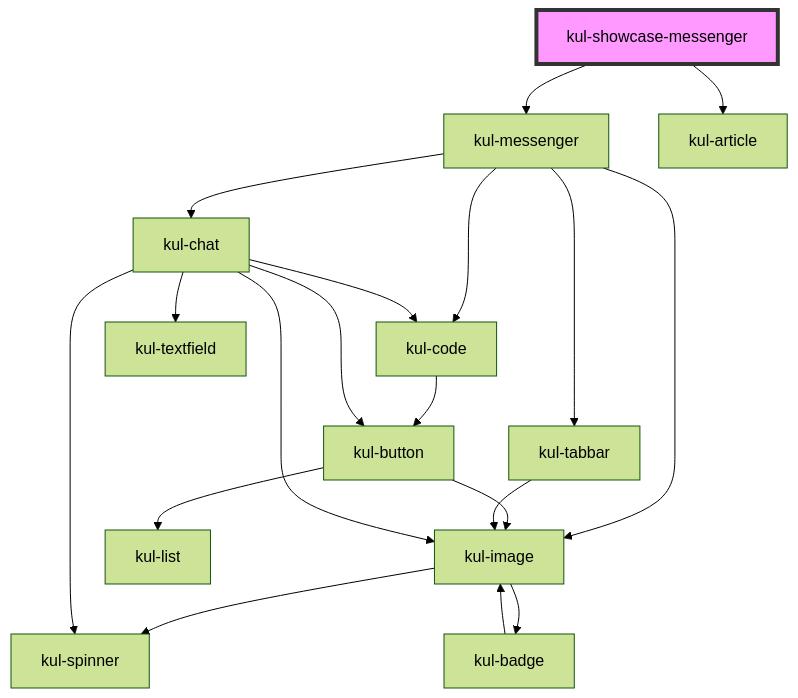
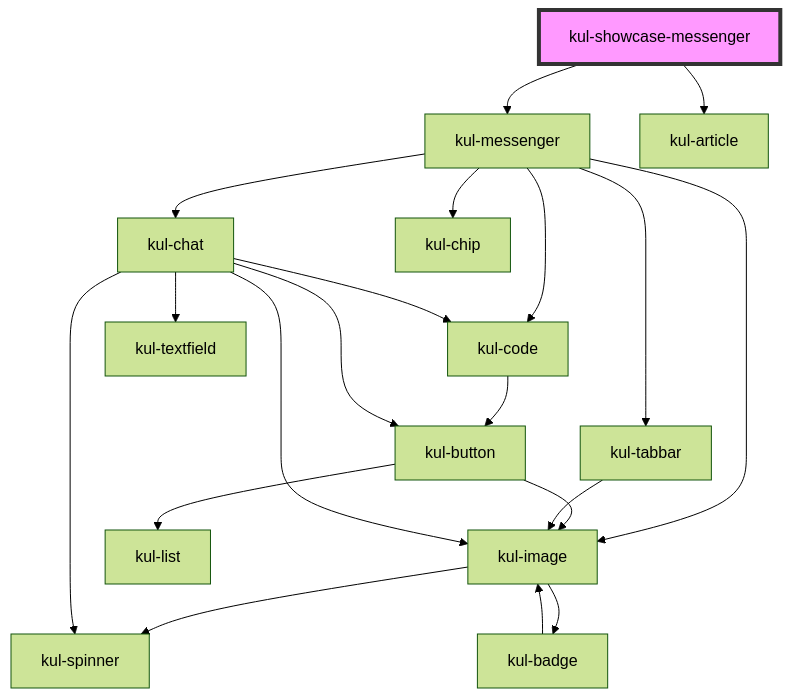
One commit to lucafoscili/ketchup-lite changed the diagram in packages/ketchup-lite/src/components/kul-showcase/layout/messenger/readme.md. Above: the diagram before and after it, drawn with Mermaid (forest theme). The commit also changed 7 other files, not shown here.

````diff
--- a/packages/ketchup-lite/src/components/kul-showcase/layout/messenger/readme.md
+++ b/packages/ketchup-lite/src/components/kul-showcase/layout/messenger/readme.md
@@ -27,22 +27,23 @@
 ```mermaid
 graph TD;
   kul-showcase-messenger --> kul-messenger
   kul-showcase-messenger --> kul-article
   kul-messenger --> kul-image
   kul-messenger --> kul-code
   kul-messenger --> kul-tabbar
   kul-messenger --> kul-chat
+  kul-messenger --> kul-chip
   kul-image --> kul-spinner
   kul-image --> kul-badge
   kul-badge --> kul-image
   kul-code --> kul-button
   kul-button --> kul-image
   kul-button --> kul-list
   kul-tabbar --> kul-image
   kul-chat --> kul-button
   kul-chat --> kul-spinner
   kul-chat --> kul-image
   kul-chat --> kul-code
   kul-chat --> kul-textfield
   style kul-showcase-messenger fill:#f9f,stroke:#333,stroke-width:4px
 ```
````
